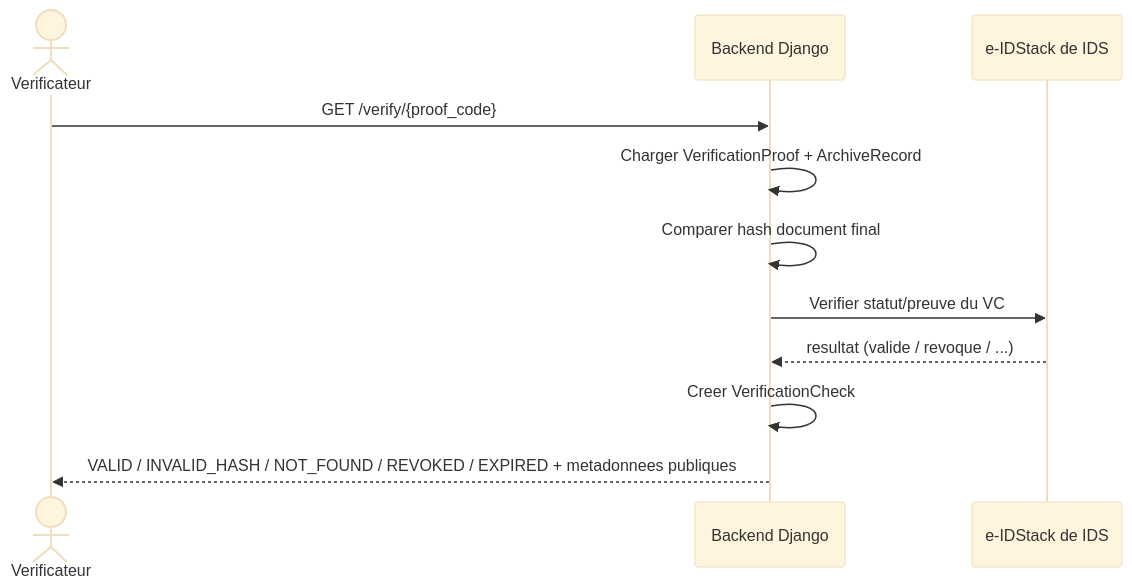
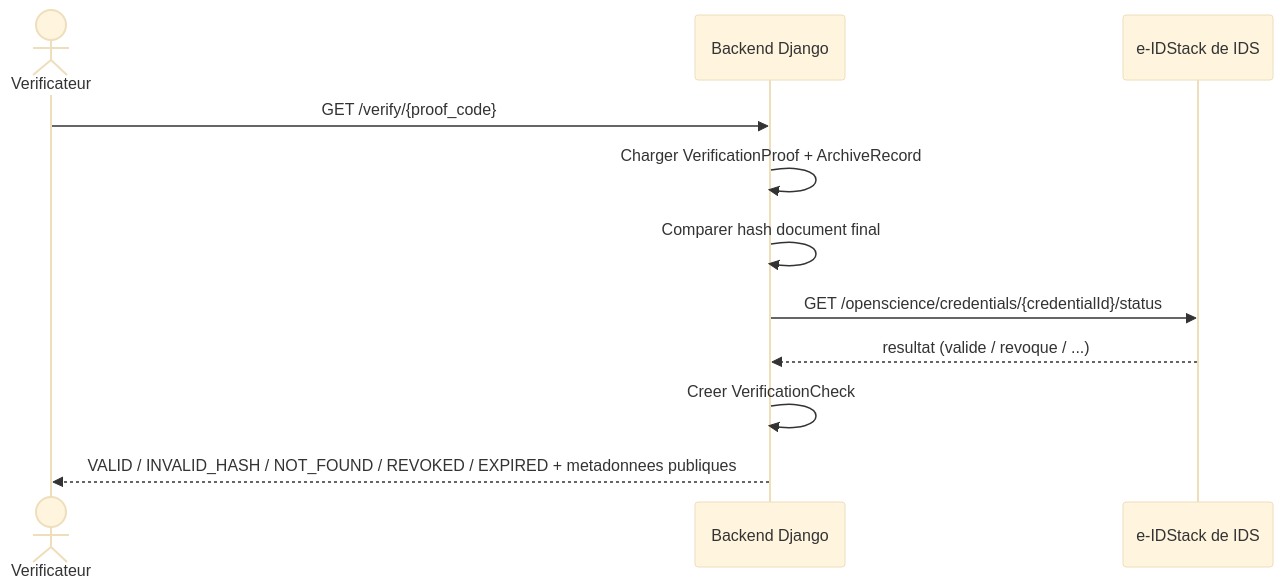
One commit to AfrozaEditor/OpenScienceHub changed the second of 2 diagrams in docs/SSI_INTEGRATION.md. Above: the diagram before and after it, drawn with Mermaid (base theme). The commit also changed other lines of this file and 27 other files, not shown here.

````diff
--- a/docs/SSI_INTEGRATION.md
+++ b/docs/SSI_INTEGRATION.md
@@ -130,14 +148,14 @@
 ```mermaid
 sequenceDiagram
     actor Verifier as Verificateur
     participant API as Backend Django
     participant EID as e-IDStack de IDS
 
     Verifier->>API: GET /verify/{proof_code}
     API->>API: Charger VerificationProof + ArchiveRecord
     API->>API: Comparer hash document final
-    API->>EID: Verifier statut/preuve du VC
+    API->>EID: GET /openscience/credentials/{credentialId}/status
     EID-->>API: resultat (valide / revoque / ...)
     API->>API: Creer VerificationCheck
     API-->>Verifier: VALID / INVALID_HASH / NOT_FOUND / REVOKED / EXPIRED + metadonnees publiques
 ```
````
